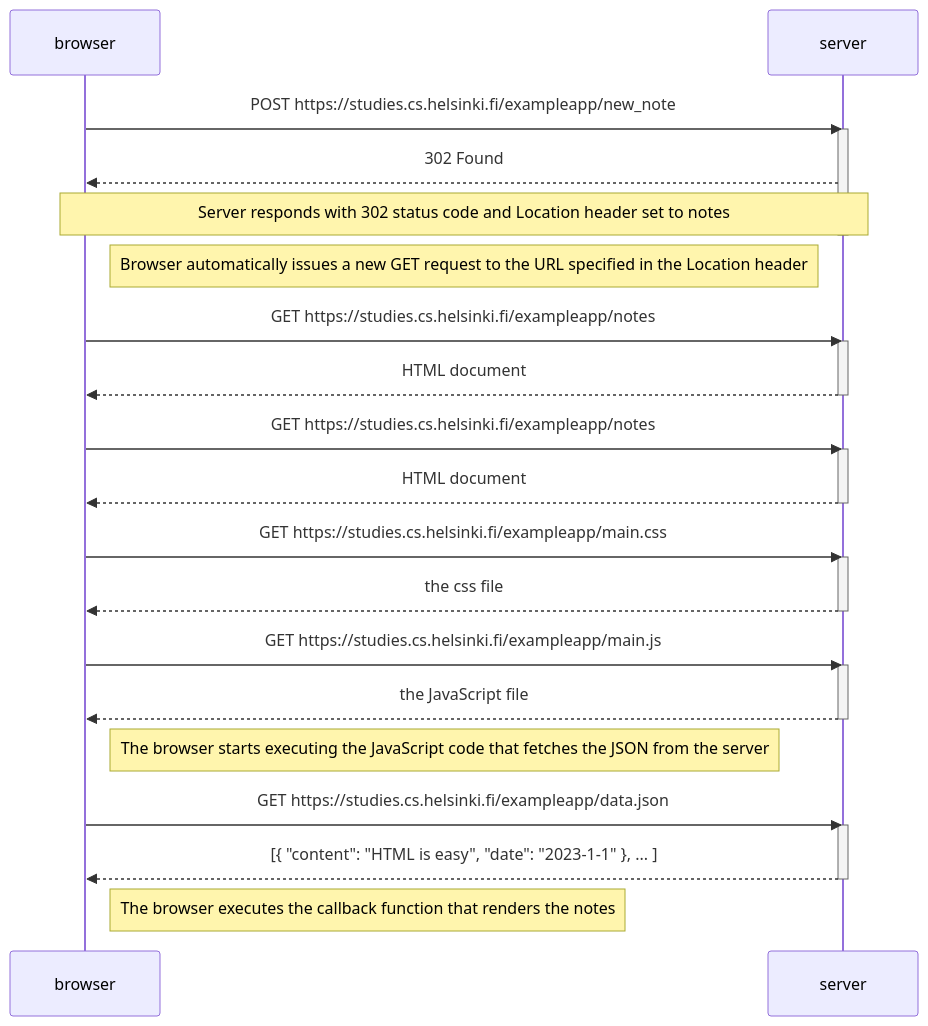
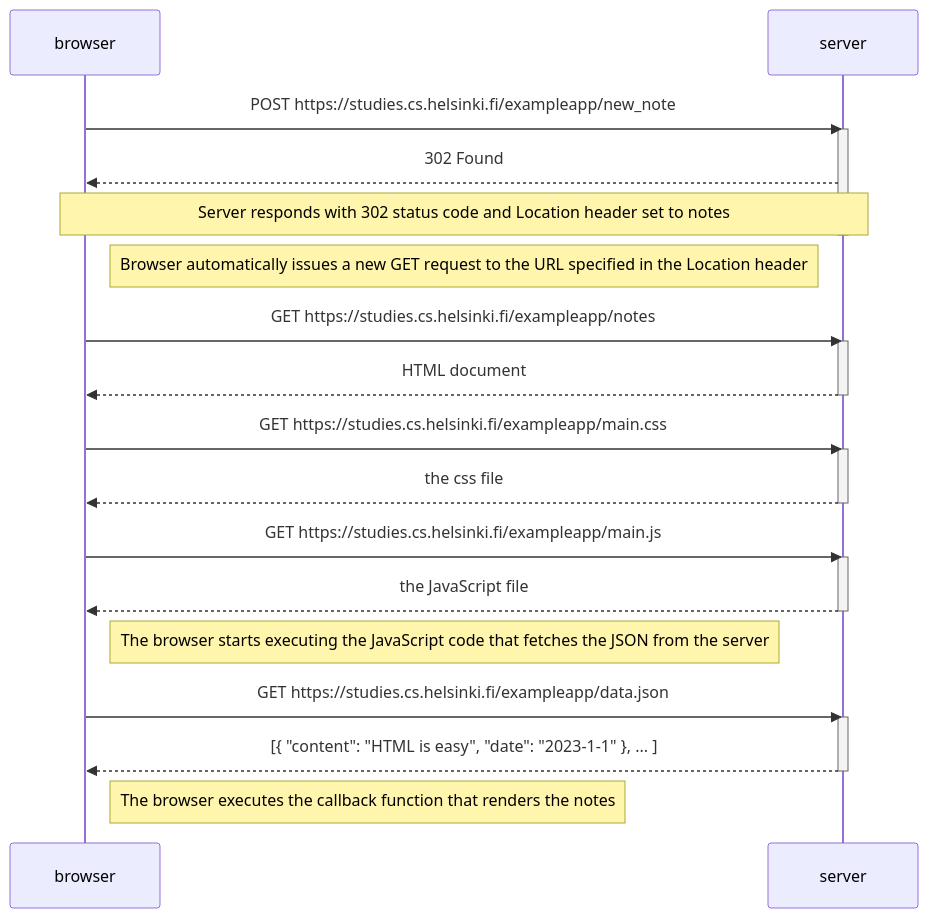
The diagram in part 0/part0-4.md (MonikerPrimus/fullstack), drawn with Mermaid before and after one commit.

````diff
--- a/part 0/part0-4.md
+++ b/part 0/part0-4.md
@@ -1,41 +1,36 @@
 ```mermaid
 sequenceDiagram
     participant browser
     participant server
 
     browser->>server: POST https://studies.cs.helsinki.fi/exampleapp/new_note
     activate server
     server-->>browser: 302 Found
     Note over server,browser: Server responds with 302 status code and Location header set to notes
     deactivate server
 
     Note right of browser: Browser automatically issues a new GET request to the URL specified in the Location header
-    browser->>server: GET https://studies.cs.helsinki.fi/exampleapp/notes
-    activate server
-    server-->>browser: HTML document
-    deactivate server
-
     browser->>server: GET https://studies.cs.helsinki.fi/exampleapp/notes
     activate server
     server-->>browser: HTML document
     deactivate server
 
     browser->>server: GET https://studies.cs.helsinki.fi/exampleapp/main.css
     activate server
     server-->>browser: the css file
     deactivate server
 
     browser->>server: GET https://studies.cs.helsinki.fi/exampleapp/main.js
     activate server
     server-->>browser: the JavaScript file
     deactivate server
 
     Note right of browser: The browser starts executing the JavaScript code that fetches the JSON from the server
 
     browser->>server: GET https://studies.cs.helsinki.fi/exampleapp/data.json
     activate server
     server-->>browser: [{ "content": "HTML is easy", "date": "2023-1-1" }, ... ]
     deactivate server
 
     Note right of browser: The browser executes the callback function that renders the notes
 ```
````
